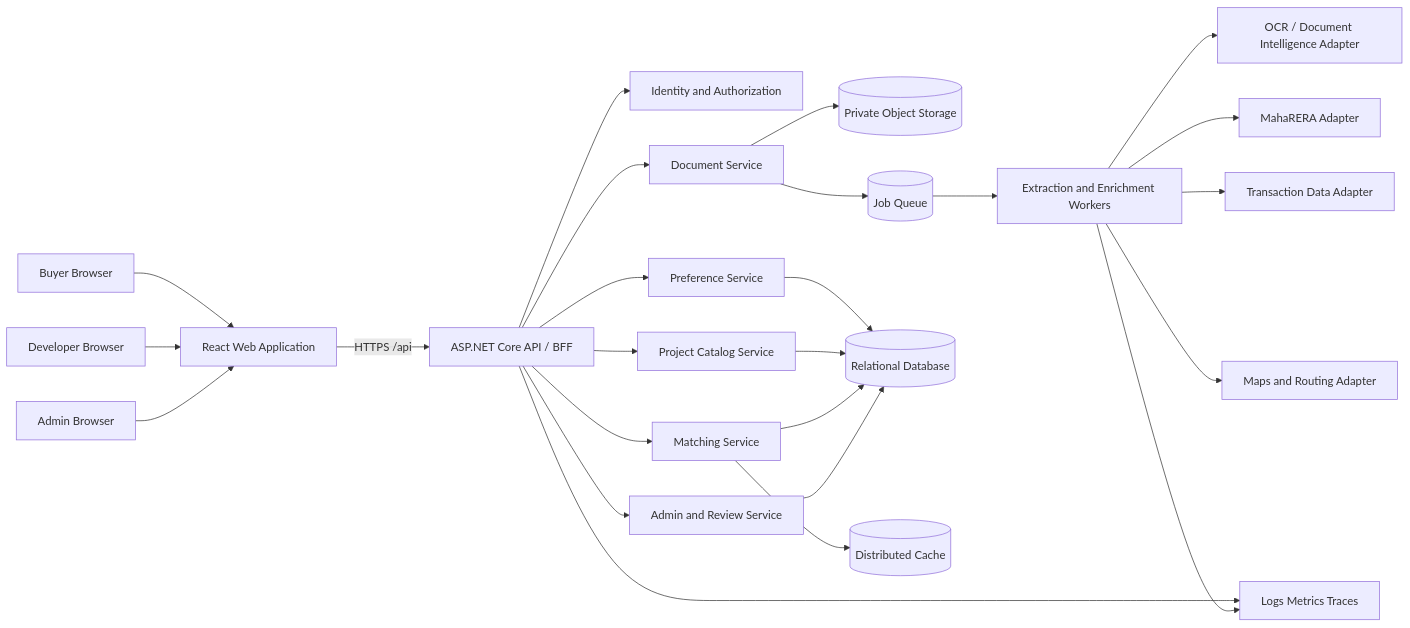
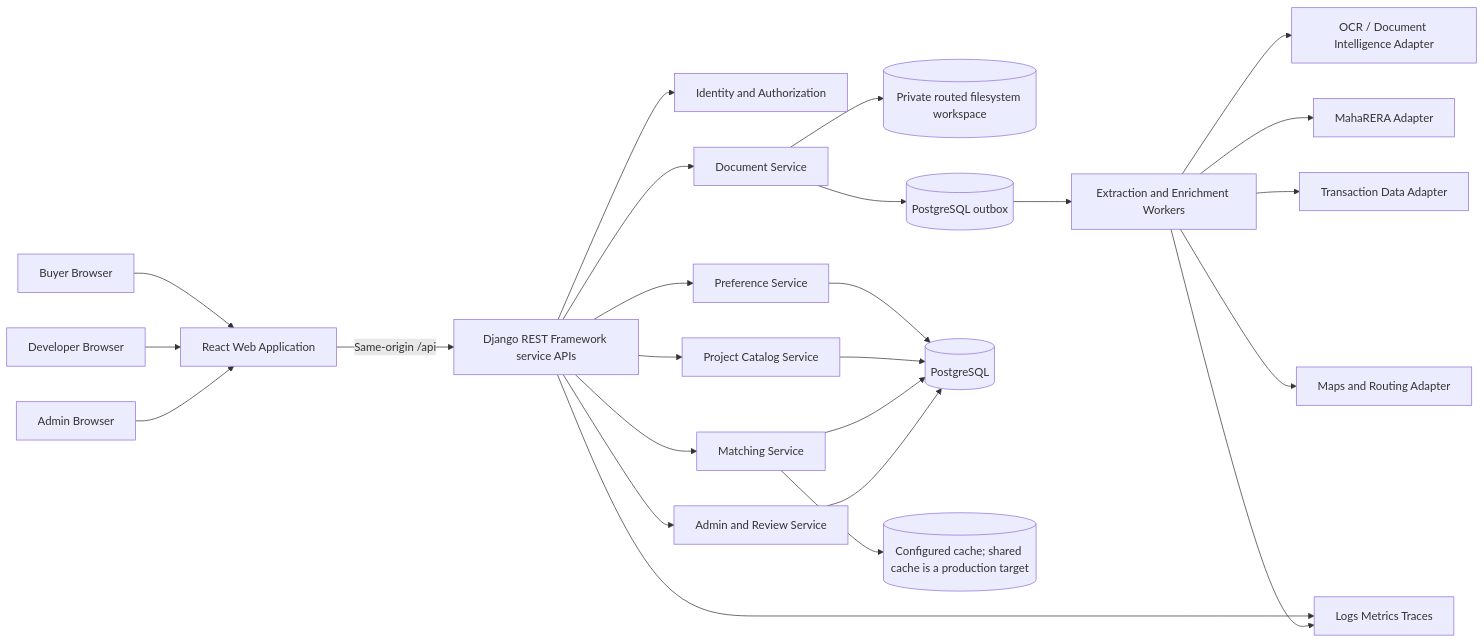
The first of 3 diagrams in docs/02-high-level-design.md (Techtesh/reAIlEstate), drawn with Mermaid before and after one commit. The commit also changed other lines of this file and 39 other files, not shown here.

````diff
--- a/docs/02-high-level-design.md
+++ b/docs/02-high-level-design.md
@@ -19,29 +21,29 @@
 ```mermaid
 flowchart LR
     B[Buyer Browser] --> FE[React Web Application]
     D[Developer Browser] --> FE
     A[Admin Browser] --> FE
-    FE -->|HTTPS /api| BFF[ASP.NET Core API / BFF]
+    FE -->|Same-origin /api| BFF[Django REST Framework service APIs]
     BFF --> ID[Identity and Authorization]
     BFF --> PREF[Preference Service]
     BFF --> CAT[Project Catalog Service]
     BFF --> MATCH[Matching Service]
     BFF --> MEDIA[Document Service]
     BFF --> ADMIN[Admin and Review Service]
 
-    MEDIA --> OBJ[(Private Object Storage)]
-    MEDIA --> QUEUE[(Job Queue)]
+    MEDIA --> OBJ[(Private routed filesystem workspace)]
+    MEDIA --> QUEUE[(PostgreSQL outbox)]
     QUEUE --> WORKER[Extraction and Enrichment Workers]
     WORKER --> OCR[OCR / Document Intelligence Adapter]
     WORKER --> RERA[MahaRERA Adapter]
     WORKER --> TX[Transaction Data Adapter]
     WORKER --> MAP[Maps and Routing Adapter]
 
-    PREF --> DB[(Relational Database)]
+    PREF --> DB[(PostgreSQL)]
     CAT --> DB
     MATCH --> DB
     ADMIN --> DB
-    MATCH --> CACHE[(Distributed Cache)]
+    MATCH --> CACHE[(Configured cache; shared cache is a production target)]
     BFF --> OBS[Logs Metrics Traces]
     WORKER --> OBS
 ```
````
